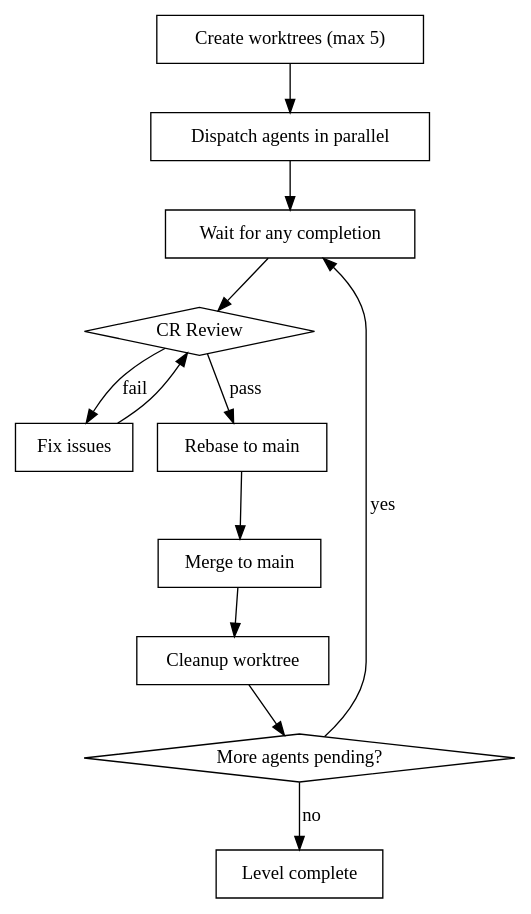
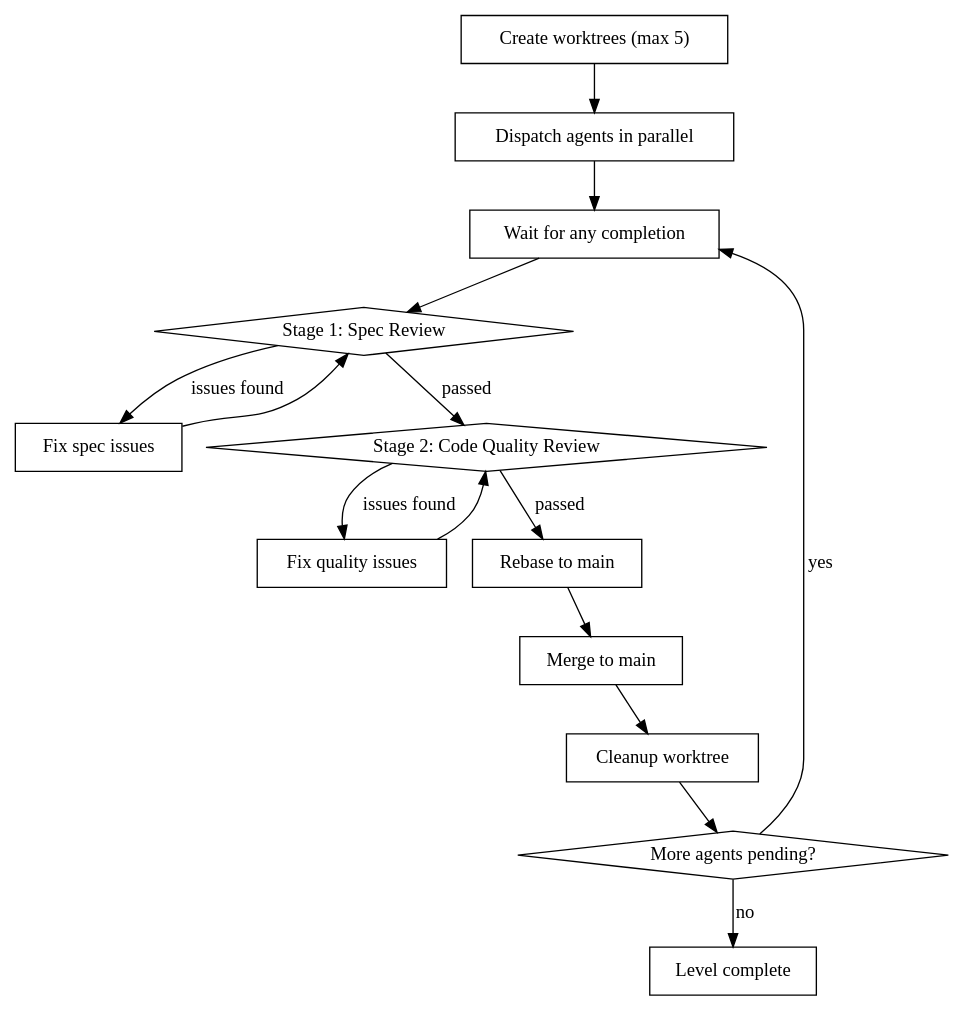
Before and after one commit to icefrag/guozhi-claude-code: the third of 4 diagrams in skills/nbl.subagent-driven-development/SKILL.md, drawn with Graphviz. The commit also changed other lines of this file, not shown here.

Commit message:
fix(parallel): complete two-stage review in parallel flow, align Red Flags section with original design

````diff
--- a/skills/nbl.subagent-driven-development/SKILL.md
+++ b/skills/nbl.subagent-driven-development/SKILL.md
@@ -167,28 +167,33 @@
 ```dot
 digraph parallel_flow {
     rankdir=TB;
 
     "Create worktrees (max 5)" [shape=box];
     "Dispatch agents in parallel" [shape=box];
     "Wait for any completion" [shape=box];
-    "CR Review" [shape=diamond];
-    "Fix issues" [shape=box];
+    "Stage 1: Spec Review" [shape=diamond];
+    "Fix spec issues" [shape=box];
+    "Stage 2: Code Quality Review" [shape=diamond];
+    "Fix quality issues" [shape=box];
     "Rebase to main" [shape=box];
     "Merge to main" [shape=box];
     "Cleanup worktree" [shape=box];
     "More agents pending?" [shape=diamond];
     "Level complete" [shape=box];
 
     "Create worktrees (max 5)" -> "Dispatch agents in parallel";
     "Dispatch agents in parallel" -> "Wait for any completion";
-    "Wait for any completion" -> "CR Review";
-    "CR Review" -> "Fix issues" [label="fail"];
-    "Fix issues" -> "CR Review";
-    "CR Review" -> "Rebase to main" [label="pass"];
+    "Wait for any completion" -> "Stage 1: Spec Review";
+    "Stage 1: Spec Review" -> "Fix spec issues" [label="issues found"];
+    "Fix spec issues" -> "Stage 1: Spec Review";
+    "Stage 1: Spec Review" -> "Stage 2: Code Quality Review" [label="passed"];
+    "Stage 2: Code Quality Review" -> "Fix quality issues" [label="issues found"];
+    "Fix quality issues" -> "Stage 2: Code Quality Review";
+    "Stage 2: Code Quality Review" -> "Rebase to main" [label="passed"];
     "Rebase to main" -> "Merge to main";
     "Merge to main" -> "Cleanup worktree";
     "Cleanup worktree" -> "More agents pending?";
     "More agents pending?" -> "Wait for any completion" [label="yes"];
     "More agents pending?" -> "Level complete" [label="no"];
 }
 ```
````
